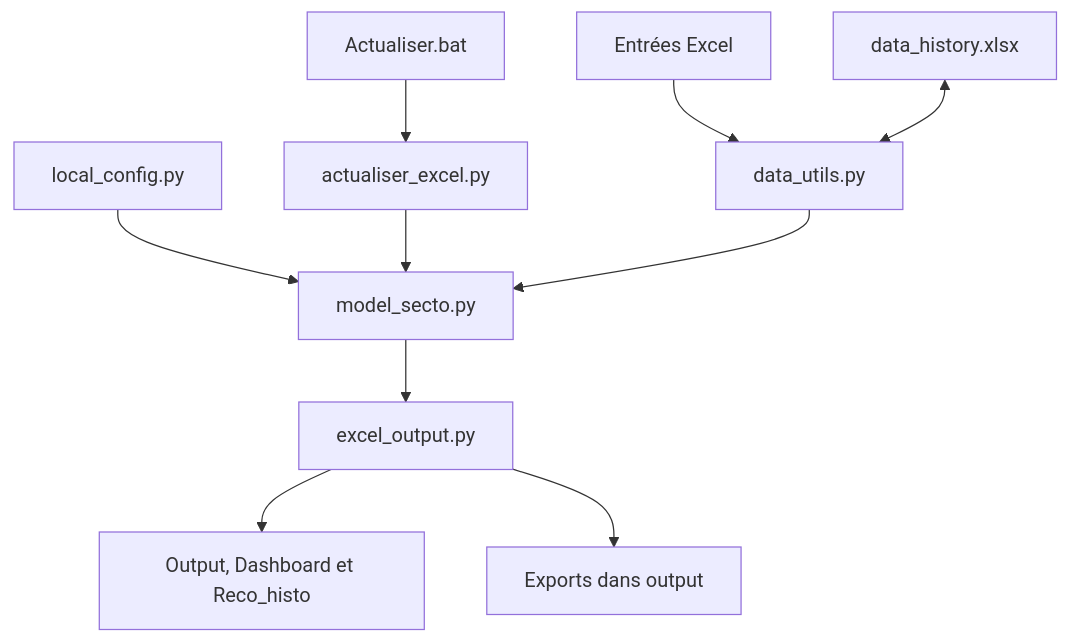
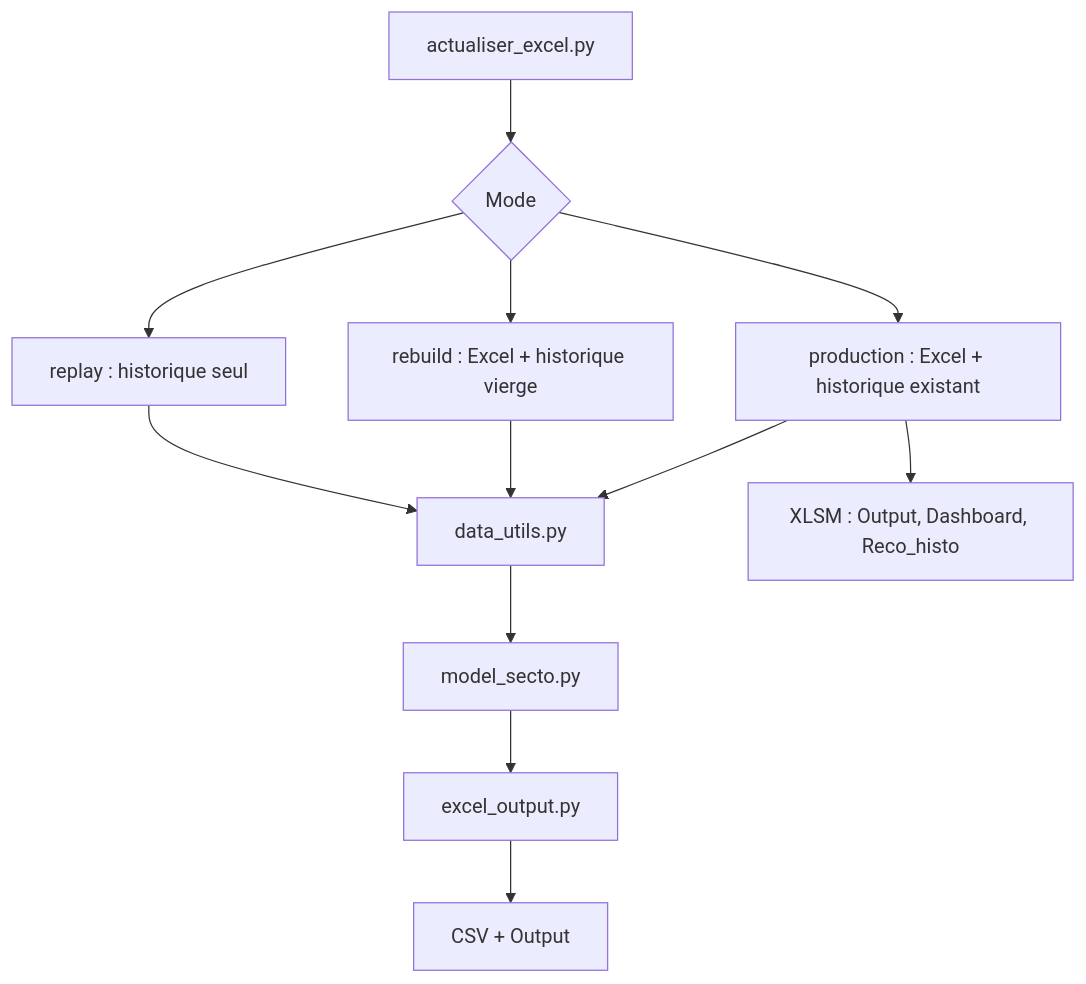
Before and after one commit to happyivanencoding/s: the diagram in README.md, drawn with Mermaid. The commit also changed other lines of this file and 18 other files, not shown here.

````diff
--- a/README.md
+++ b/README.md
@@ -7,12 +7,14 @@
-```mermaid
+~~~mermaid
 flowchart TD
-    A["Actualiser.bat"] --> B["actualiser_excel.py"]
-    C["local_config.py"] --> D["model_secto.py"]
-    E["Entrées Excel"] --> F["data_utils.py"]
-    H["data_history.xlsx"] <--> F
-    B --> D
-    F --> D
-    D --> G["excel_output.py"]
-    G --> I["Output, Dashboard et Reco_histo"]
-    G --> J["Exports dans output"]
-```
+    A["actualiser_excel.py"] --> B{"Mode"}
+    B --> C["production : Excel + historique existant"]
+    B --> D["rebuild : Excel + historique vierge"]
+    B --> E["replay : historique seul"]
+    C --> F["data_utils.py"]
+    D --> F
+    E --> F
+    F --> G["model_secto.py"]
+    G --> H["excel_output.py"]
+    H --> I["CSV + Output"]
+    C --> J["XLSM : Output, Dashboard, Reco_histo"]
+~~~
````
